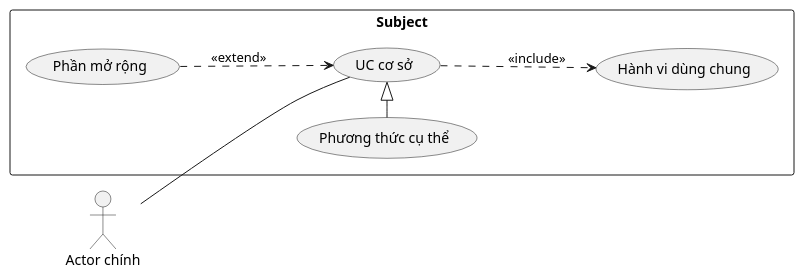
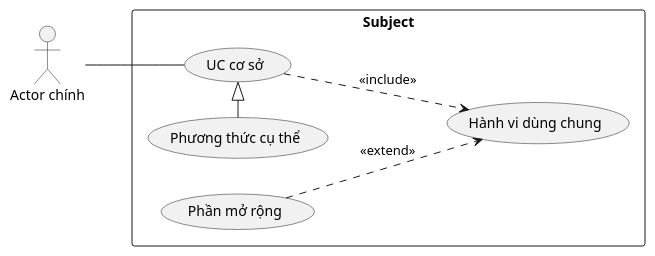
The diagram in .agent-instructions/skills/use-case-analysis/references/diagram-rules.md (ducsiukap/iShare), drawn with PlantUML before and after one commit. The commit also changed other lines of this file and 17 other files, not shown here.

````diff
--- a/.agent-instructions/skills/use-case-analysis/references/diagram-rules.md
+++ b/.agent-instructions/skills/use-case-analysis/references/diagram-rules.md
@@ -27,16 +27,16 @@
 ```plantuml
 @startuml
 left to right direction
 actor "Actor chính" as A
 rectangle "Subject" {
   usecase "UC cơ sở" as Base
   usecase "Hành vi dùng chung" as Shared
   usecase "Phần mở rộng" as Extra
   usecase "Phương thức cụ thể" as Specific
 }
 A -- Base
 Base ..> Shared : <<include>>
-Extra ..> Base : <<extend>>
+Extra ..> Shared : <<extend>>
 Specific -|> Base
 @enduml
 ```
````
